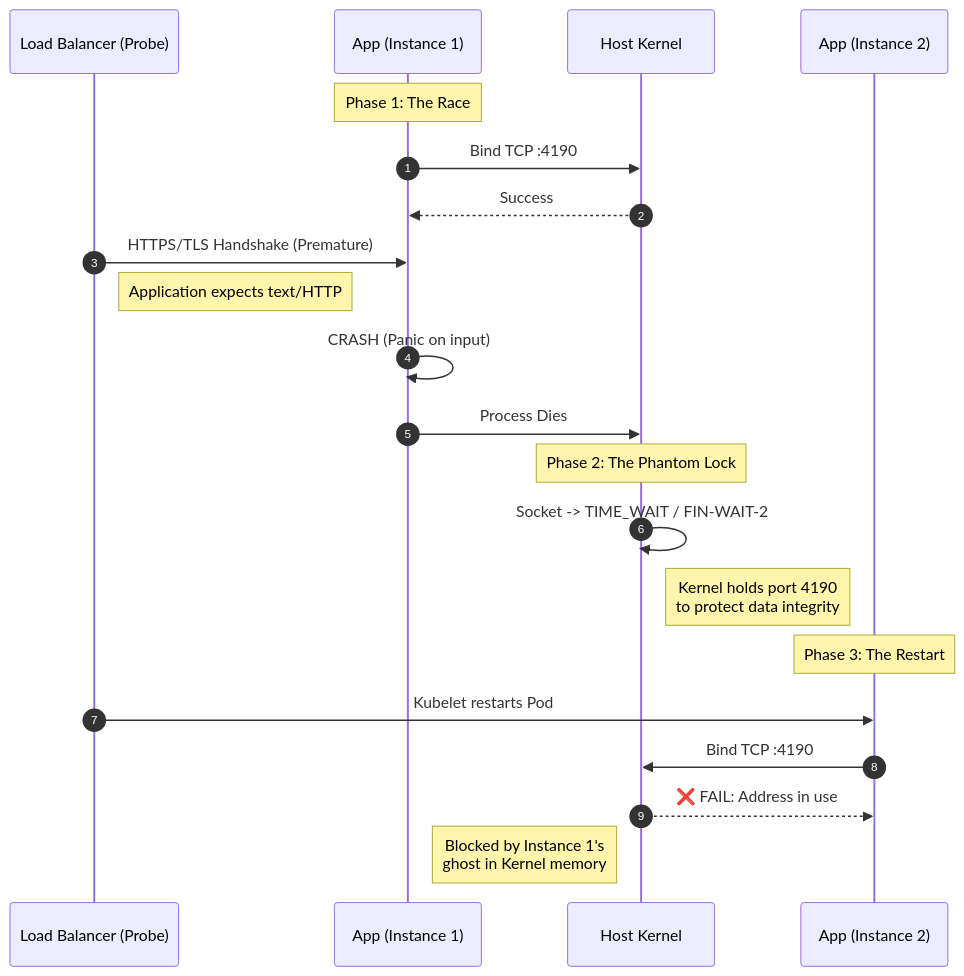
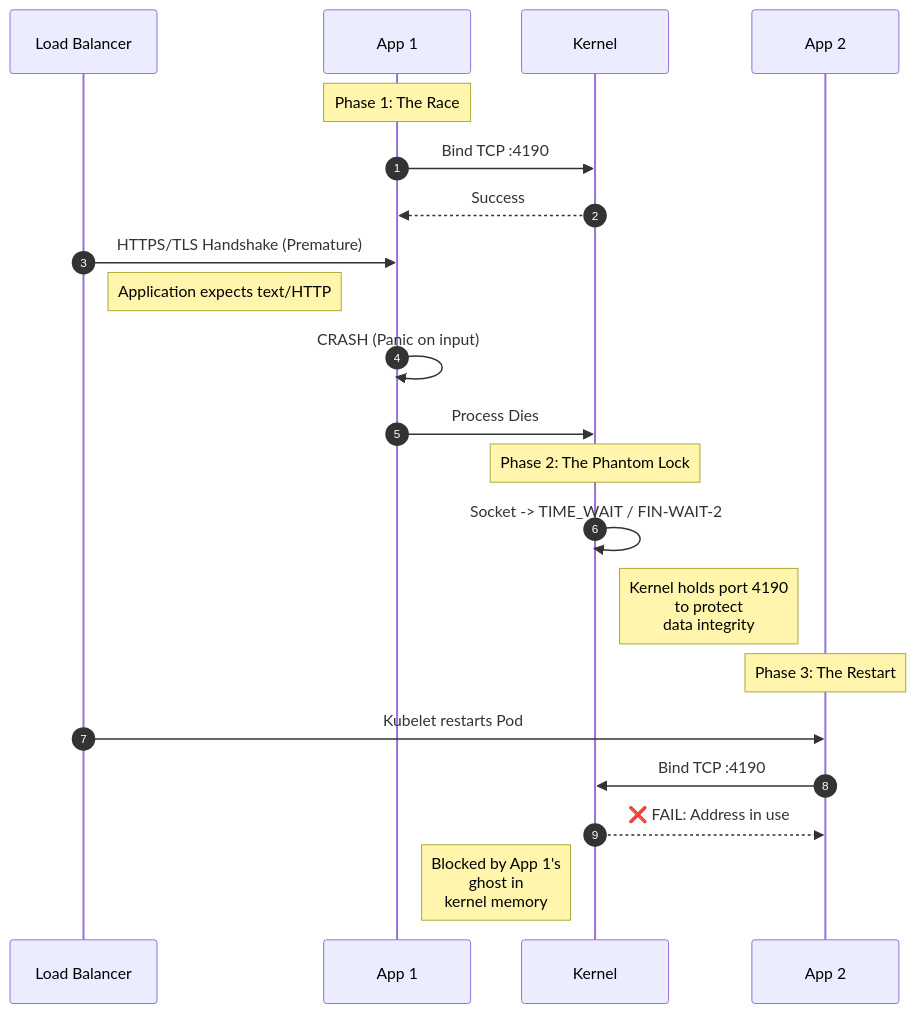
Before and after one commit to initor/blog-nextjs: the diagram in src/content/archive/markdown.mdx, drawn with Mermaid. The commit also changed 4 other files, not shown here.

````diff
--- a/src/content/archive/markdown.mdx
+++ b/src/content/archive/markdown.mdx
@@ -137,28 +137,28 @@
 ```mermaid
 sequenceDiagram
     autonumber
-    participant LB as Load Balancer (Probe)
-    participant A1 as App (Instance 1)
-    participant KERN as Host Kernel
-    participant A2 as App (Instance 2)
+    participant LB as Load Balancer
+    participant A1 as App 1
+    participant KERN as Kernel
+    participant A2 as App 2
 
     Note over A1: Phase 1: The Race
     A1->>KERN: Bind TCP :4190
     KERN-->>A1: Success
 
     LB->>A1: HTTPS/TLS Handshake (Premature)
     Note right of LB: Application expects text/HTTP
 
     A1->>A1: CRASH (Panic on input)
     A1->>KERN: Process Dies
 
     Note over KERN: Phase 2: The Phantom Lock
     KERN->>KERN: Socket -> TIME_WAIT / FIN-WAIT-2
-    Note right of KERN: Kernel holds port 4190<br/>to protect data integrity
+    Note right of KERN: Kernel holds port 4190<br/>to protect<br/>data integrity
 
     Note over A2: Phase 3: The Restart
     LB->>A2: Kubelet restarts Pod
     A2->>KERN: Bind TCP :4190
     KERN-->>A2: ❌ FAIL: Address in use
-    Note left of KERN: Blocked by Instance 1's<br/>ghost in Kernel memory
+    Note left of KERN: Blocked by App 1's<br/>ghost in<br/>kernel memory
 ```
````
